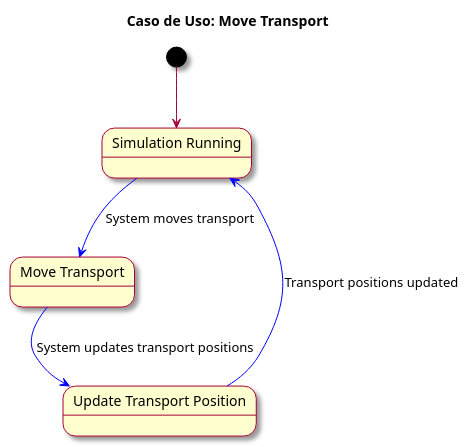
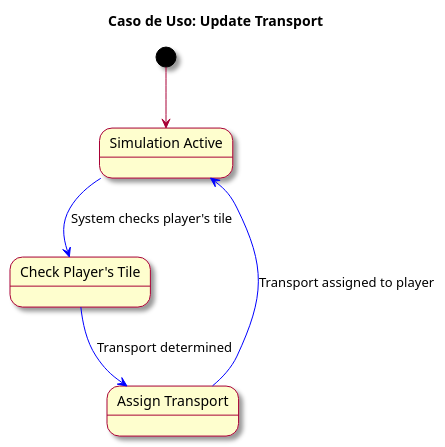
One commit to mmasias/23-24-IdSw2-SDD changed the diagram in docs/casosDeUso/detalleDeCasosDeUso/moveTransport.puml. Above: the diagram before and after it, drawn with PlantUML.

Commit message:
[fix] moveTransport.puml

```diff
--- a/docs/casosDeUso/detalleDeCasosDeUso/moveTransport.puml
+++ b/docs/casosDeUso/detalleDeCasosDeUso/moveTransport.puml
@@ -1,14 +1,14 @@
 @startuml
 skin rose
-title Caso de Uso: Move Transport
+title Caso de Uso: Update Transport
 
-state SIMULATION_RUNNING as "Simulation Running"
-state MoveTransport as "Move Transport"
-state UpdateTransportPosition as "Update Transport Position"
+state SIMULATION_ACTIVE as "Simulation Active"
+state CheckTile as "Check Player's Tile"
+state AssignTransport as "Assign Transport"
 
-[*] --> SIMULATION_RUNNING
-SIMULATION_RUNNING -[#blue]-> MoveTransport : System moves transport
-MoveTransport -[#blue]-> UpdateTransportPosition : System updates transport positions
-UpdateTransportPosition -[#blue]-> SIMULATION_RUNNING : Transport positions updated
+[*] --> SIMULATION_ACTIVE
+SIMULATION_ACTIVE -[#blue]-> CheckTile : System checks player's tile
+CheckTile -[#blue]-> AssignTransport : Transport determined
+AssignTransport -[#blue]-> SIMULATION_ACTIVE : Transport assigned to player
 
 @enduml
```
